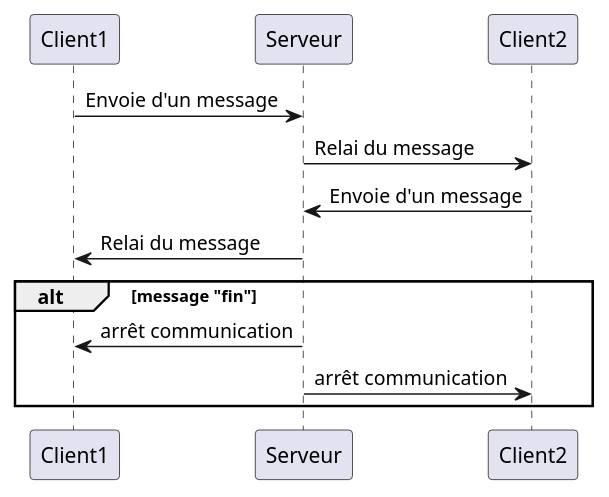
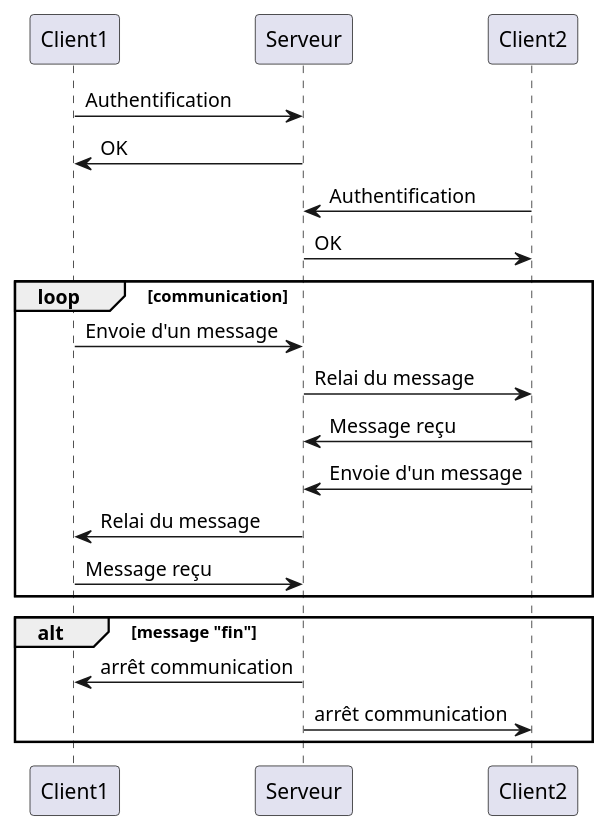
Before and after one commit to DisaroSkell/raipon_FDP: the diagram in diagseq.plantuml, drawn with PlantUML. The commit also changed 1 other file, not shown here.

Commit message:
Diagramme sequence sprint1

```diff
--- a/diagseq.plantuml
+++ b/diagseq.plantuml
@@ -1,12 +1,19 @@
 @startuml
 
+Client1 -> Serveur: Authentification
+Serveur -> Client1: OK
+Client2 -> Serveur: Authentification
+Serveur -> Client2: OK
+loop communication
 Client1 -> Serveur: Envoie d'un message
 Serveur -> Client2: Relai du message
+Client2 -> Serveur: Message reçu
 Client2 -> Serveur: Envoie d'un message
 Serveur -> Client1: Relai du message
-
+Client1 -> Serveur: Message reçu
+end
 alt message "fin"
     Serveur -> Client1: arrêt communication
     Serveur -> Client2: arrêt communication
 end
 @enduml
```
